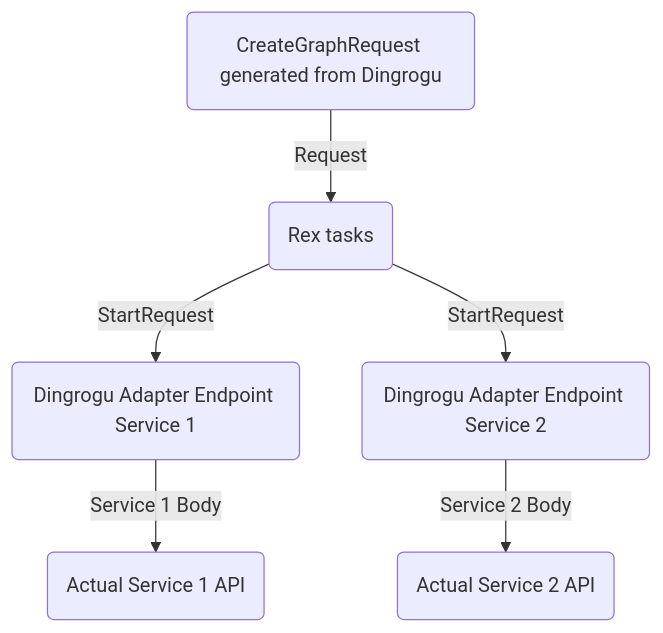
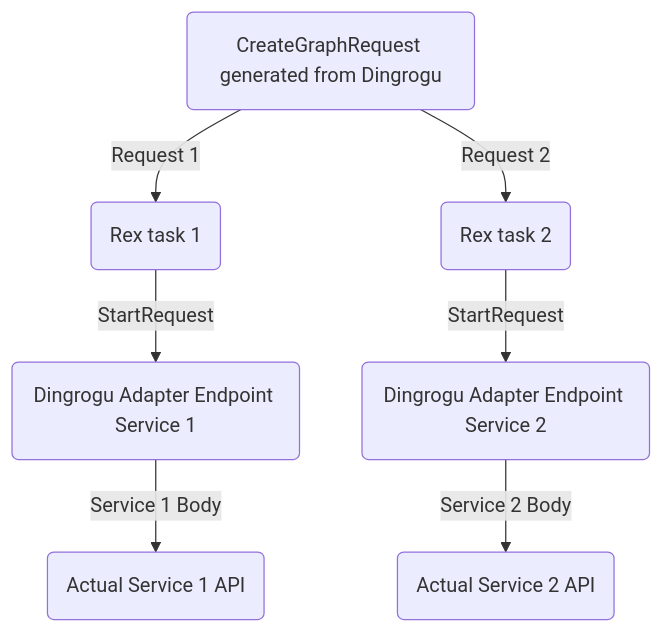
One commit to thescouser89/dingrogu changed the second of 5 diagrams in README.md. Above: the diagram before and after it, drawn with Mermaid. The commit also changed other lines of this file and 42 other files, not shown here.

````diff
--- a/README.md
+++ b/README.md
@@ -61,8 +59,9 @@
 ```mermaid
 graph TD
-    A(CreateGraphRequest generated from Dingrogu) -->|Request| Rex(Rex tasks)
-    Rex -->|StartRequest| DinGroguAdapterService1(Dingrogu Adapter Endpoint Service 1) 
+    A(CreateGraphRequest generated from Dingrogu) -->|Request 1| Rex1(Rex task 1)
+    A(CreateGraphRequest generated from Dingrogu) -->|Request 2| Rex2(Rex task 2)
+    Rex1 -->|StartRequest| DinGroguAdapterService1(Dingrogu Adapter Endpoint Service 1) 
     DinGroguAdapterService1-->|Service 1 Body| ActualService1(Actual Service 1 API)
-    Rex -->|StartRequest| DinGroguAdapterService2(Dingrogu Adapter Endpoint Service 2) 
+    Rex2 -->|StartRequest| DinGroguAdapterService2(Dingrogu Adapter Endpoint Service 2) 
     DinGroguAdapterService2 -->|Service 2 Body| ActualService2(Actual Service 2 API)
 ```
````
